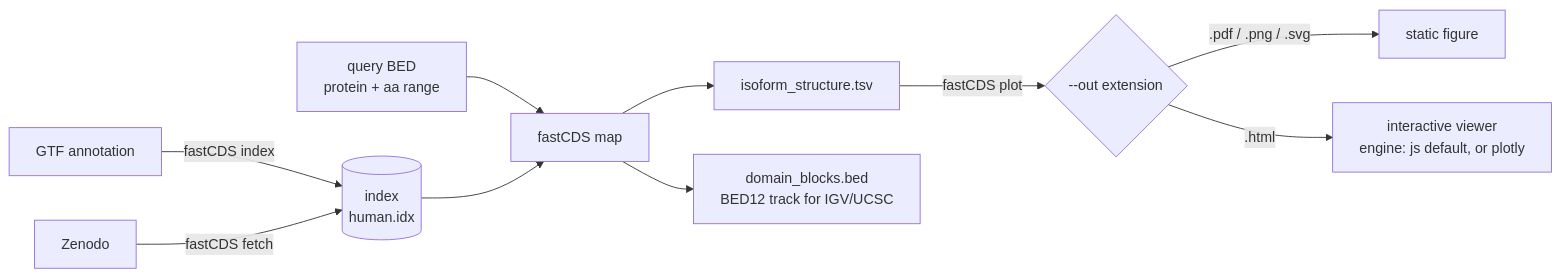
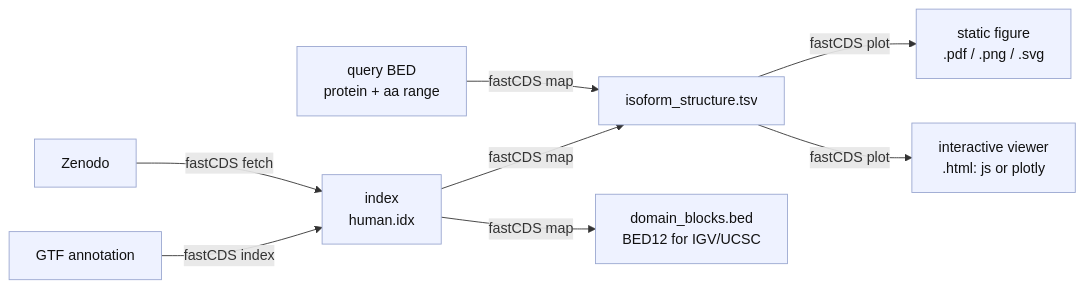
One commit to SotoLF/fastCDS changed the diagram in README.md. Above: the diagram before and after it, drawn with Mermaid. The commit also changed 1 other file, not shown here.

Commit message:
docs: harmonize flow diagram - commands as arrow labels, files as the only nodes

````diff
--- a/README.md
+++ b/README.md
@@ -49,12 +49,13 @@
 ```mermaid
 flowchart LR
-    GTF[GTF annotation] -->|fastCDS index| IDX[(index<br/>human.idx)]
+    GTF[GTF annotation] -->|fastCDS index| IDX[index<br/>human.idx]
     ZEN[Zenodo] -->|fastCDS fetch| IDX
-    BED[query BED<br/>protein + aa range] --> MAP
-    IDX --> MAP[fastCDS map]
-    MAP --> TSV[isoform_structure.tsv]
-    MAP --> B12[domain_blocks.bed<br/>BED12 track for IGV/UCSC]
-    TSV -->|fastCDS plot| OUT{--out extension}
-    OUT -->|.pdf / .png / .svg| STATIC[static figure]
-    OUT -->|.html| INTER[interactive viewer<br/>engine: js default, or plotly]
+    IDX -->|fastCDS map| TSV[isoform_structure.tsv]
+    BED[query BED<br/>protein + aa range] -->|fastCDS map| TSV
+    IDX -->|fastCDS map| B12[domain_blocks.bed<br/>BED12 for IGV/UCSC]
+    TSV -->|fastCDS plot| STATIC[static figure<br/>.pdf / .png / .svg]
+    TSV -->|fastCDS plot| INTER[interactive viewer<br/>.html: js or plotly]
+
+    classDef file fill:#eef2ff,color:#111111,stroke:#9aa7d0,stroke-width:1px;
+    class GTF,ZEN,IDX,BED,TSV,B12,STATIC,INTER file;
 ```
````
